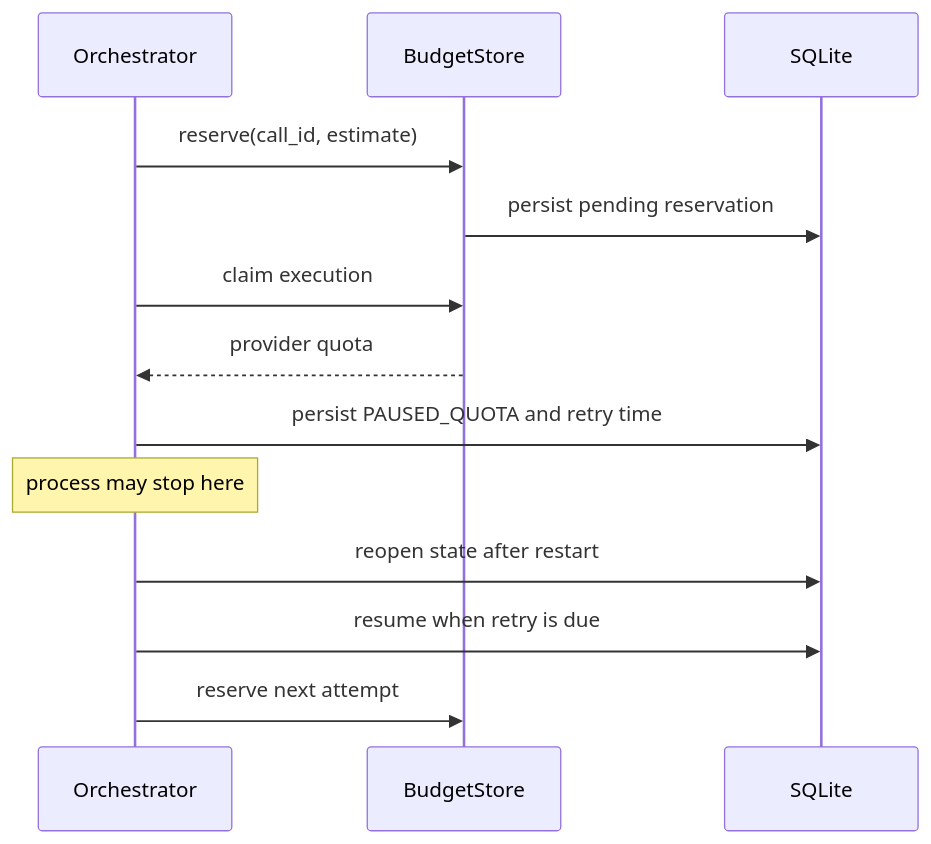
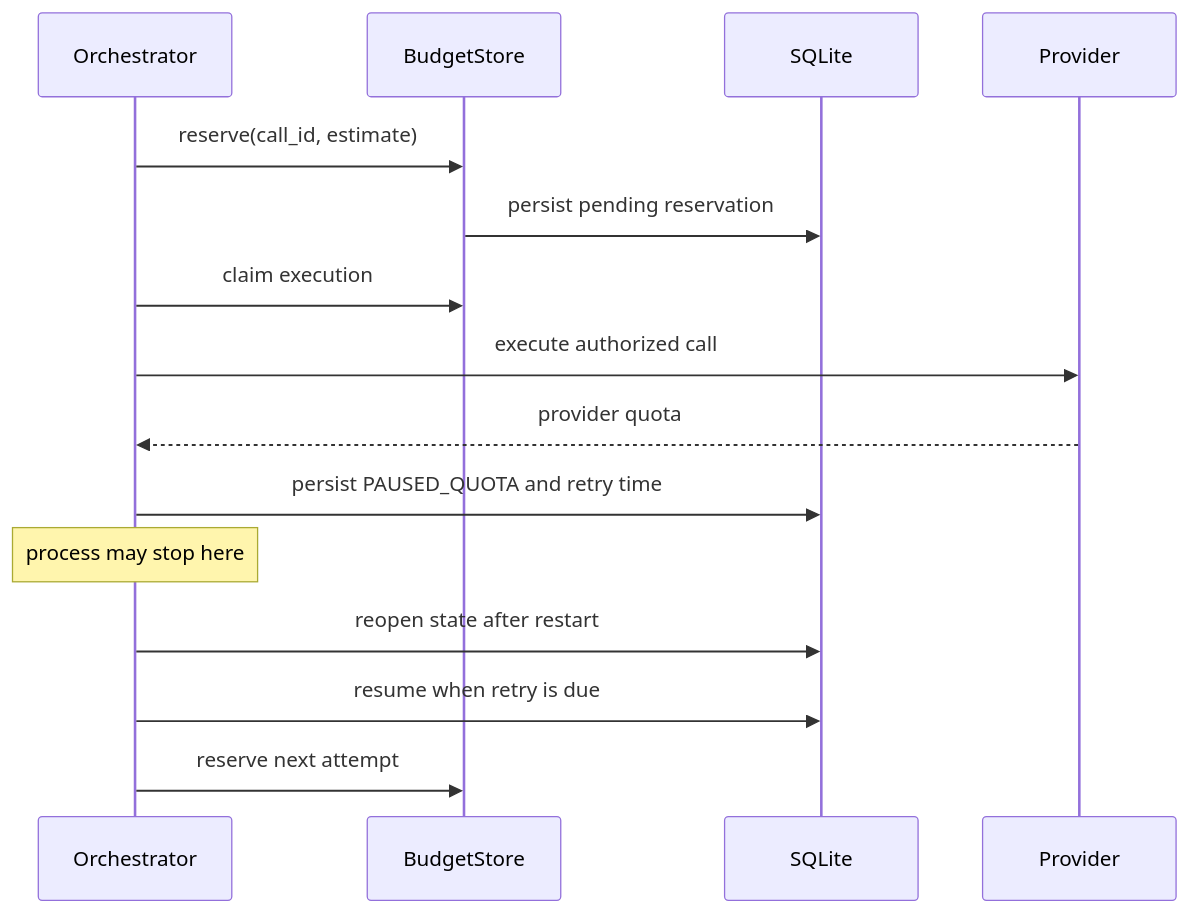
The second of 3 diagrams in README.md (rsolerortuno/dev-autopilot), drawn with Mermaid before and after one commit. The commit also changed other lines of this file and 10 other files, not shown here.

````diff
--- a/README.md
+++ b/README.md
@@ -65,15 +65,17 @@
 ```mermaid
 sequenceDiagram
     participant O as Orchestrator
     participant B as BudgetStore
     participant S as SQLite
+    participant P as Provider
     O->>B: reserve(call_id, estimate)
     B->>S: persist pending reservation
     O->>B: claim execution
-    B-->>O: provider quota
+    O->>P: execute authorized call
+    P-->>O: provider quota
     O->>S: persist PAUSED_QUOTA and retry time
     Note over O: process may stop here
     O->>S: reopen state after restart
     O->>S: resume when retry is due
     O->>B: reserve next attempt
 ```
````
